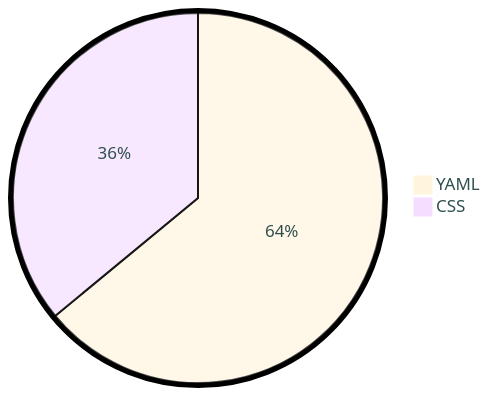
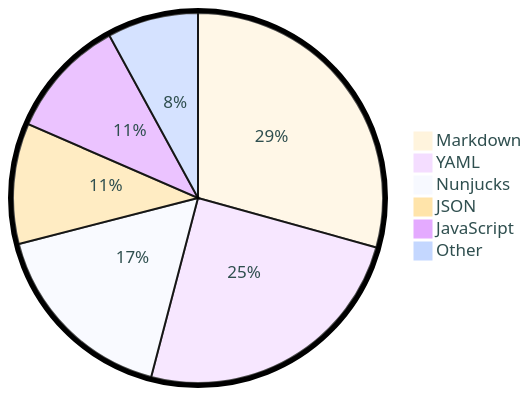
The diagram in README.md (tot0p/tot0p), drawn with Mermaid before and after one commit. The commit also changed other lines of this file, not shown here.

````diff
--- a/README.md
+++ b/README.md
@@ -114,6 +121,10 @@
 ```mermaid
 %%{init: {"pie": {"textPosition": 0.5}, "themeVariables": {"pieOuterStrokeWidth": "5px","primaryTextColor" : "#2F4F4F"},"theme":"base"} }%%
 pie
-	"YAML": 64.01
-	"CSS": 35.99
+	"Markdown": 29.31
+	"YAML": 24.77
+	"Nunjucks": 16.93
+	"JSON": 10.53
+	"JavaScript": 10.52
+	"Other": 7.95
 ```
````
